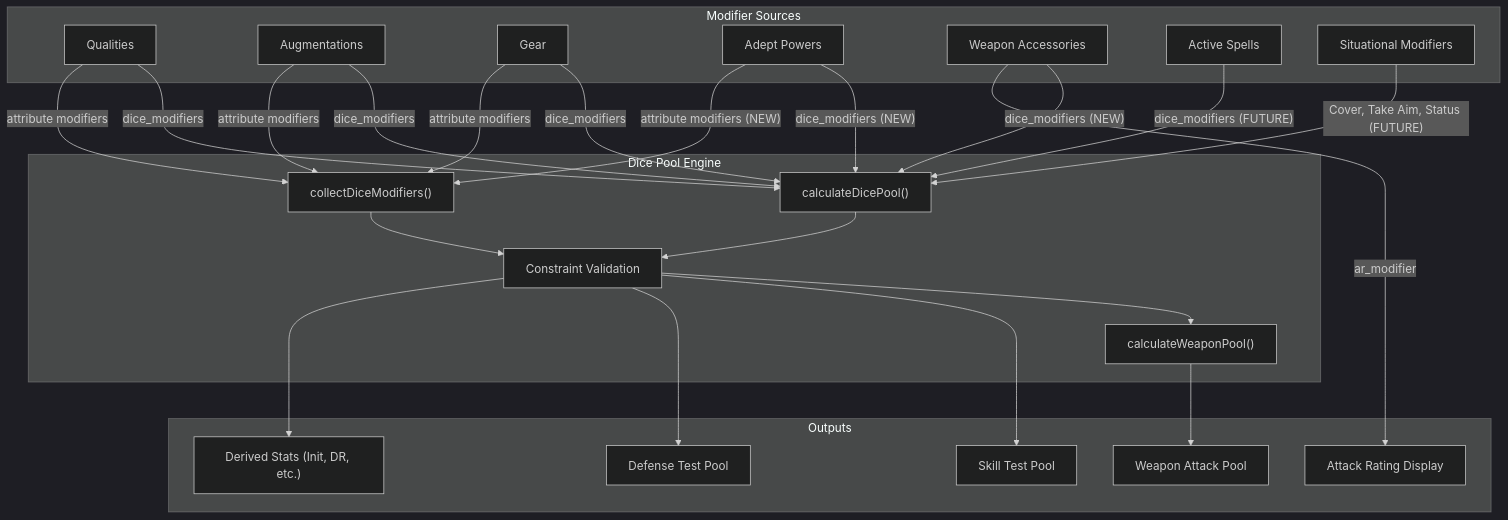
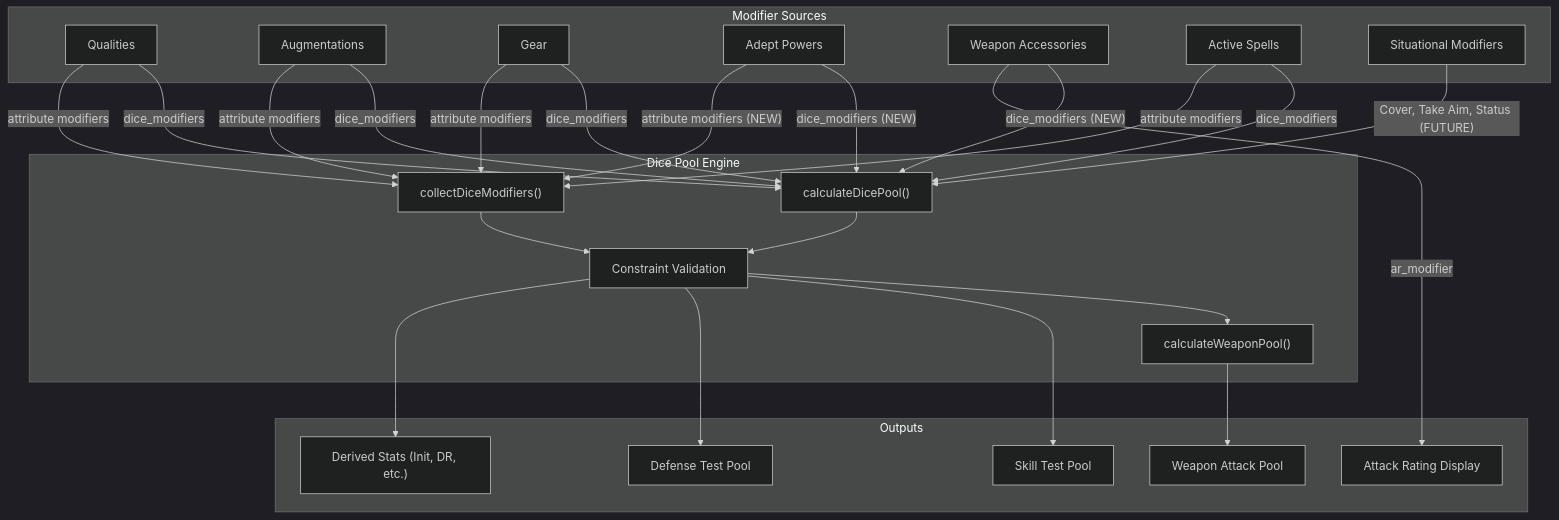
The first of 2 diagrams in docs/dice-pool-architecture.md (whazlewo/shadow-dice-forge), drawn with Mermaid (dark theme) before and after one commit. The commit also changed other lines of this file and 28 other files, not shown here.

````diff
--- a/docs/dice-pool-architecture.md
+++ b/docs/dice-pool-architecture.md
@@ -501,50 +506,51 @@
 ```mermaid
 flowchart TD
     subgraph sources [Modifier Sources]
         Q[Qualities]
         Aug[Augmentations]
         G[Gear]
         AP[Adept Powers]
         WA[Weapon Accessories]
         AS[Active Spells]
         SM[Situational Modifiers]
     end
 
     subgraph pool [Dice Pool Engine]
         CDP["calculateDicePool()"]
         CWP["calculateWeaponPool()"]
         CDM["collectDiceModifiers()"]
         CV["Constraint Validation"]
     end
 
     subgraph outputs [Outputs]
         SkillPool[Skill Test Pool]
         WeaponPool[Weapon Attack Pool]
         DefPool["Defense Test Pool"]
         DerivedStats["Derived Stats (Init, DR, etc.)"]
         ARDisplay[Attack Rating Display]
     end
 
     Q -->|"dice_modifiers"| CDP
     Aug -->|"dice_modifiers"| CDP
     G -->|"dice_modifiers"| CDP
     AP -->|"dice_modifiers (NEW)"| CDP
     WA -->|"dice_modifiers (NEW)"| CDP
-    AS -->|"dice_modifiers (FUTURE)"| CDP
+    AS -->|"dice_modifiers"| CDP
     SM -->|"Cover, Take Aim, Status (FUTURE)"| CDP
 
     CDP --> CV
     CV --> CWP
     CWP --> WeaponPool
     CV --> SkillPool
     CV --> DefPool
 
     Q -->|"attribute modifiers"| CDM
     Aug -->|"attribute modifiers"| CDM
     G -->|"attribute modifiers"| CDM
     AP -->|"attribute modifiers (NEW)"| CDM
+    AS -->|"attribute modifiers"| CDM
     CDM --> CV
     CV --> DerivedStats
 
     WA -->|"ar_modifier"| ARDisplay
 ```
````
